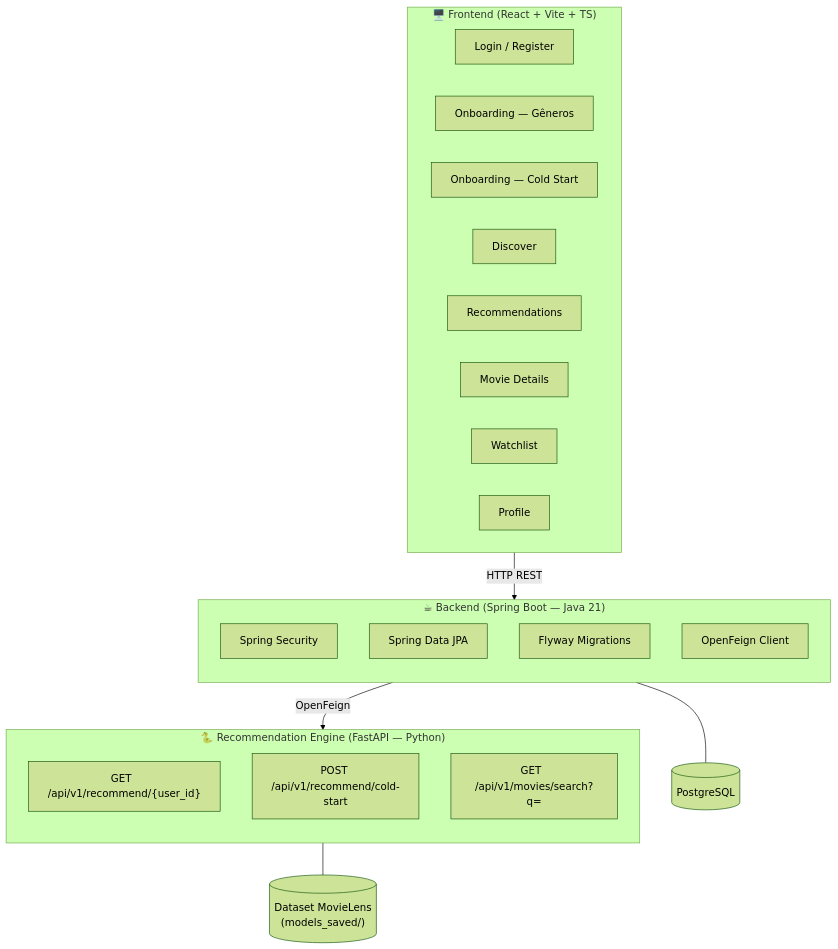
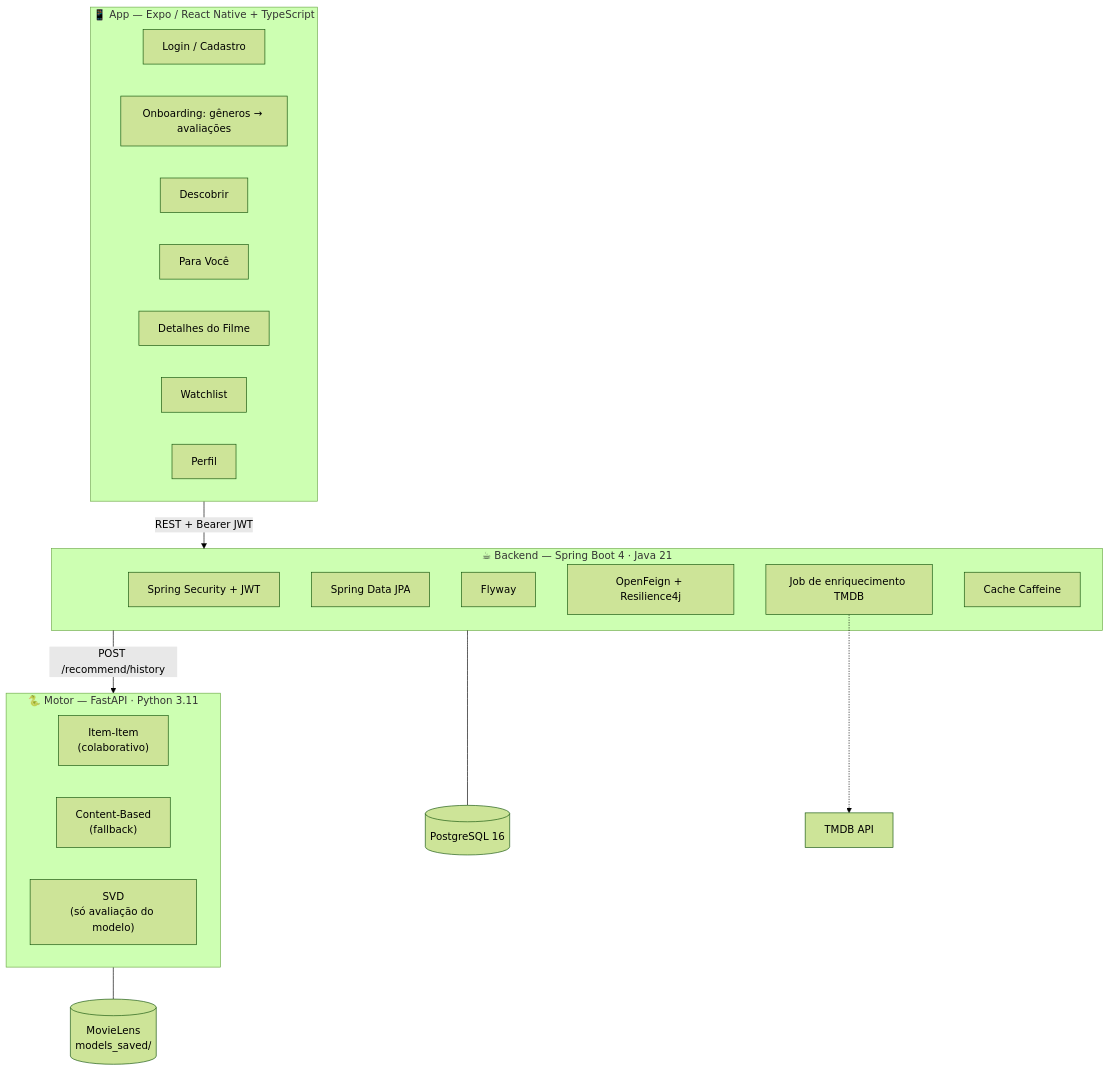
Before and after one commit to fpp-7/nextScene: the first of 3 diagrams in docs/project_overview.md, drawn with Mermaid (forest theme). The commit also changed other lines of this file and 15 other files, not shown here.

````diff
--- a/docs/project_overview.md
+++ b/docs/project_overview.md
@@ -5,35 +11,36 @@
 ```mermaid
 graph TB
-    subgraph FE["🖥️ Frontend (React + Vite + TS)"]
-        L[Login / Register]
-        OG[Onboarding — Gêneros]
-        OC[Onboarding — Cold Start]
-        DI[Discover]
-        REC[Recommendations]
-        MD[Movie Details]
+    subgraph APP["📱 App — Expo / React Native + TypeScript"]
+        L[Login / Cadastro]
+        ON[Onboarding: gêneros → avaliações]
+        DI[Descobrir]
+        REC[Para Você]
+        MD[Detalhes do Filme]
         WL[Watchlist]
-        PR[Profile]
+        PR[Perfil]
     end
 
-    subgraph BE["☕ Backend (Spring Boot — Java 21)"]
-        direction TB
-        SEC[Spring Security]
-        JPA[Spring Data JPA]
-        FLY[Flyway Migrations]
-        FEIGN[OpenFeign Client]
+    subgraph BE["☕ Backend — Spring Boot 4 · Java 21"]
+        SEC["Spring Security + JWT"]
+        JPA["Spring Data JPA"]
+        FLY["Flyway"]
+        FEIGN["OpenFeign + Resilience4j"]
+        JOB["Job de enriquecimento TMDB"]
+        CACHE["Cache Caffeine"]
     end
 
-    subgraph RE["🐍 Recommendation Engine (FastAPI — Python)"]
-        direction TB
-        R1["GET  /api/v1/recommend/{user_id}"]
-        R2["POST /api/v1/recommend/cold-start"]
-        R3["GET  /api/v1/movies/search?q="]
+    subgraph RE["🐍 Motor — FastAPI · Python 3.11"]
+        II["Item-Item<br/>(colaborativo)"]
+        CB["Content-Based<br/>(fallback)"]
+        SVD["SVD<br/>(só avaliação do modelo)"]
     end
 
-    DB[(PostgreSQL)]
+    DB[("PostgreSQL 16")]
+    TMDB["TMDB API"]
 
-    FE -->|HTTP REST| BE
-    BE -->|OpenFeign| RE
+    APP -->|"REST + Bearer JWT"| BE
+    BE -->|"POST /recommend/history"| RE
     BE --- DB
-    RE --- DATA[("Dataset MovieLens\n(models_saved/)")]
+    JOB -.-> TMDB
+    RE --- DATA[("MovieLens<br/>models_saved/")]
 ```
````
